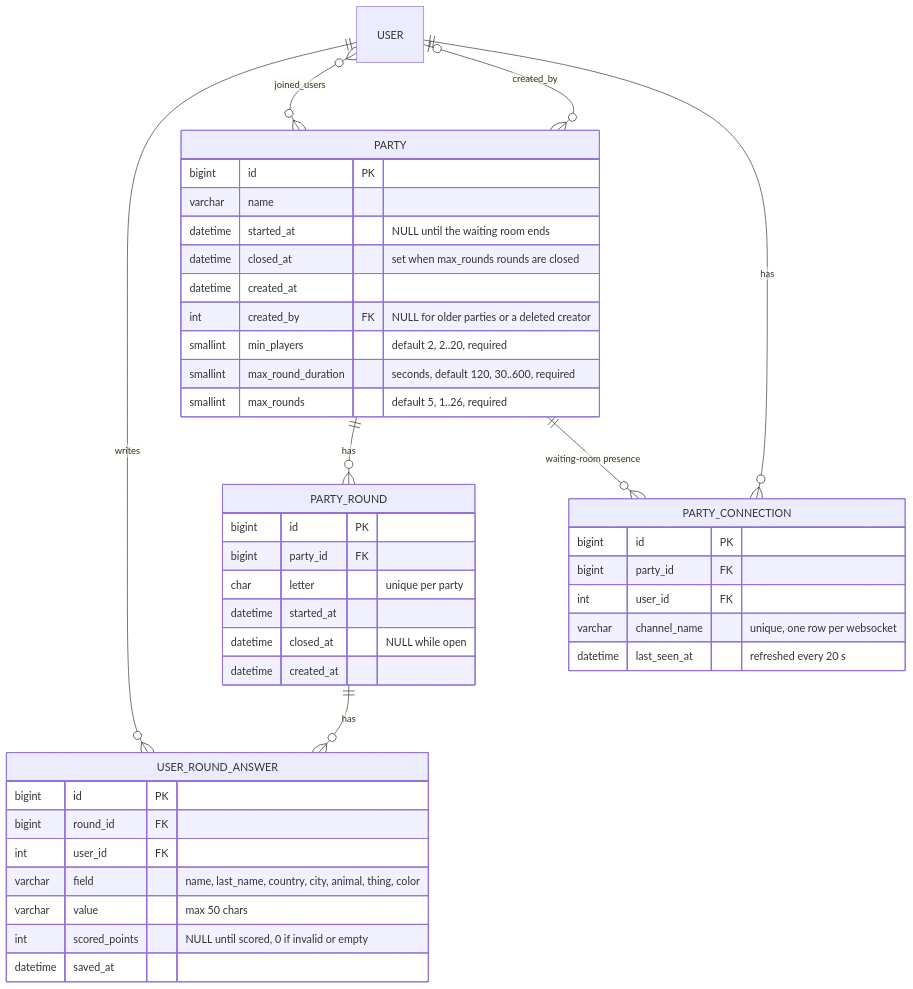
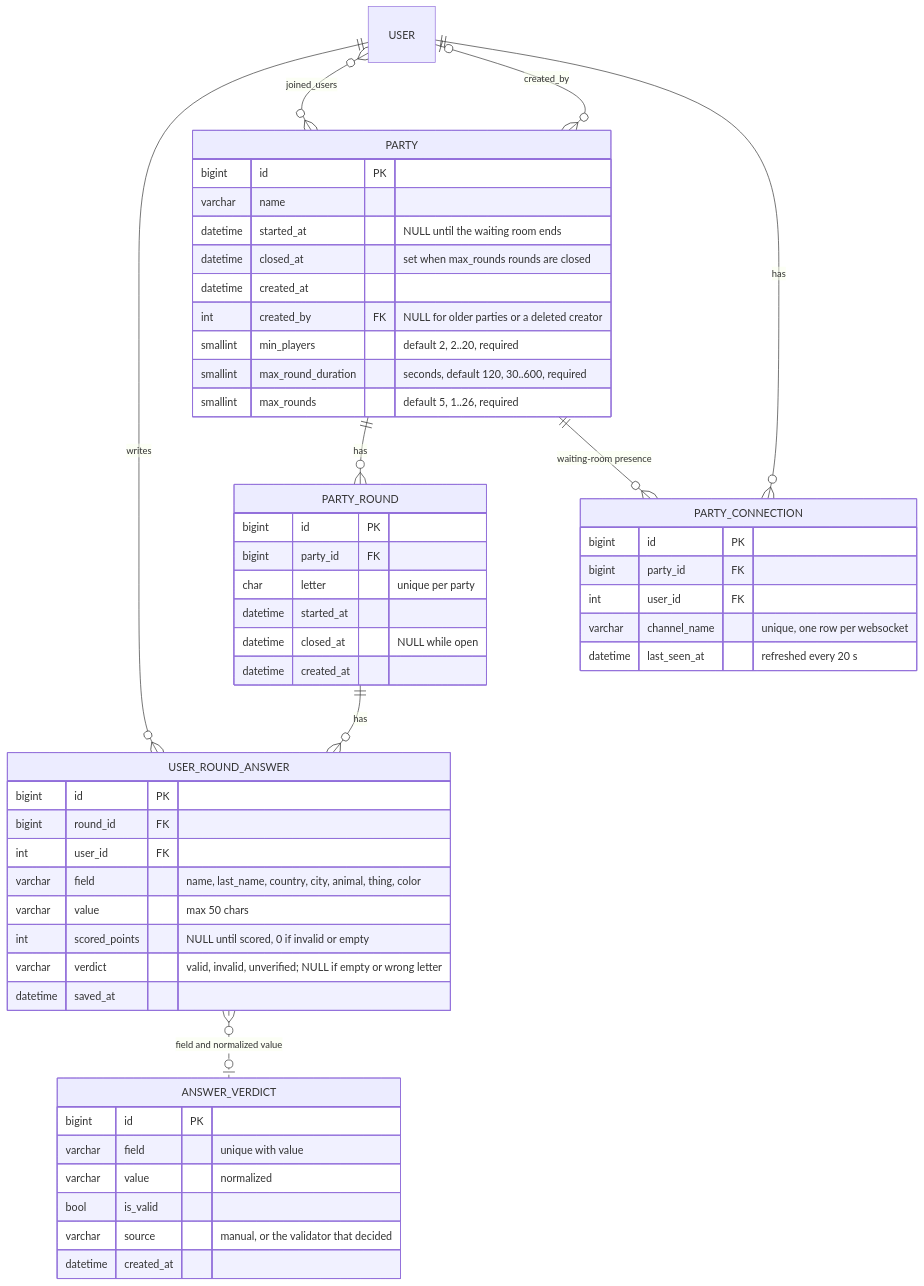
Before and after one commit to DanielGnzlzVll/AACX: the fifth of 5 diagrams in docs/architecture.md, drawn with Mermaid. The commit also changed other lines of this file and 29 other files, not shown here.

````diff
--- a/docs/architecture.md
+++ b/docs/architecture.md
@@ -272,46 +274,56 @@
 ```mermaid
 erDiagram
     USER ||--o{ USER_ROUND_ANSWER : writes
     USER }o--o{ PARTY : "joined_users"
     USER |o--o{ PARTY : "created_by"
     PARTY ||--o{ PARTY_ROUND : has
     PARTY ||--o{ PARTY_CONNECTION : "waiting-room presence"
     USER ||--o{ PARTY_CONNECTION : has
     PARTY_ROUND ||--o{ USER_ROUND_ANSWER : has
+    USER_ROUND_ANSWER }o..o| ANSWER_VERDICT : "field and normalized value"
 
     PARTY {
         bigint id PK
         varchar name
         datetime started_at "NULL until the waiting room ends"
         datetime closed_at "set when max_rounds rounds are closed"
         datetime created_at
         int created_by FK "NULL for older parties or a deleted creator"
         smallint min_players "default 2, 2..20, required"
         smallint max_round_duration "seconds, default 120, 30..600, required"
         smallint max_rounds "default 5, 1..26, required"
     }
     PARTY_CONNECTION {
         bigint id PK
         bigint party_id FK
         int user_id FK
         varchar channel_name "unique, one row per websocket"
         datetime last_seen_at "refreshed every 20 s"
     }
     PARTY_ROUND {
         bigint id PK
         bigint party_id FK
         char letter "unique per party"
         datetime started_at
         datetime closed_at "NULL while open"
         datetime created_at
     }
     USER_ROUND_ANSWER {
         bigint id PK
         bigint round_id FK
         int user_id FK
         varchar field "name, last_name, country, city, animal, thing, color"
         varchar value "max 50 chars"
         int scored_points "NULL until scored, 0 if invalid or empty"
+        varchar verdict "valid, invalid, unverified; NULL if empty or wrong letter"
         datetime saved_at
     }
+    ANSWER_VERDICT {
+        bigint id PK
+        varchar field "unique with value"
+        varchar value "normalized"
+        bool is_valid
+        varchar source "manual, or the validator that decided"
+        datetime created_at
+    }
 ```
````
